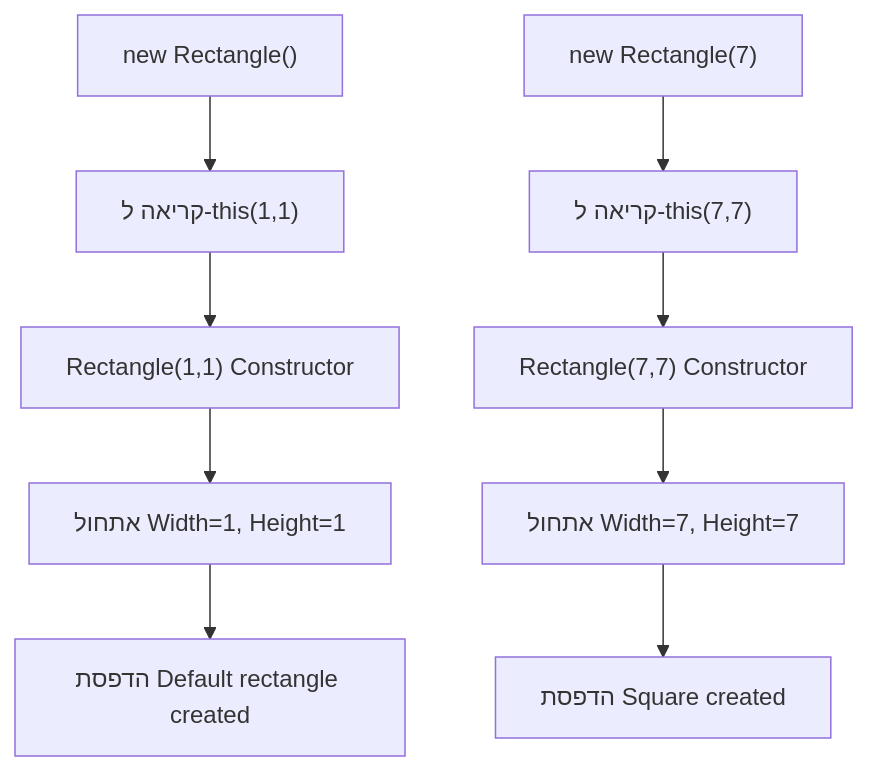
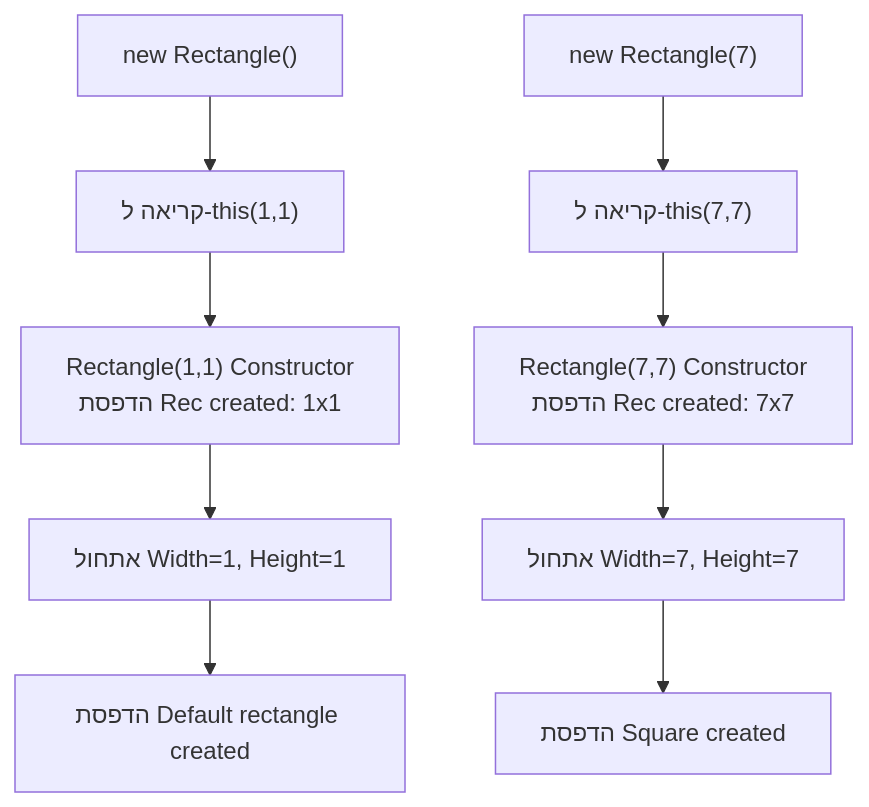
Before and after one commit to 3strategy/BeautifulMivney: the third of 3 diagrams in oop/01inheritdconstructors.md, drawn with Mermaid. The commit also changed other lines of this file and 2 other files, not shown here.

```diff
--- a/oop/01inheritdconstructors.md
+++ b/oop/01inheritdconstructors.md
@@ -310,12 +310,14 @@
 <div class="mermaid">
 graph TD
     A[new Rectangle#40;#41;] --> B[קריאה ל-this#40;1,1#41;]
-    B --> C[Rectangle#40;1,1#41; Constructor]
+    B --> C[Rectangle#40;1,1#41; Constructor
+    הדפסת Rec created: 1x1]
     C --> D[אתחול Width=1, Height=1]
     D --> E[הדפסת Default rectangle created]
     
     F[new Rectangle#40;7#41;] --> G[קריאה ל-this#40;7,7#41;]
-    G --> H[Rectangle#40;7,7#41; Constructor]
+    G --> H[Rectangle#40;7,7#41; Constructor
+    הדפסת Rec created: 7x7]
     H --> I[אתחול Width=7, Height=7]
     I --> J[הדפסת Square created]
 </div>
```
